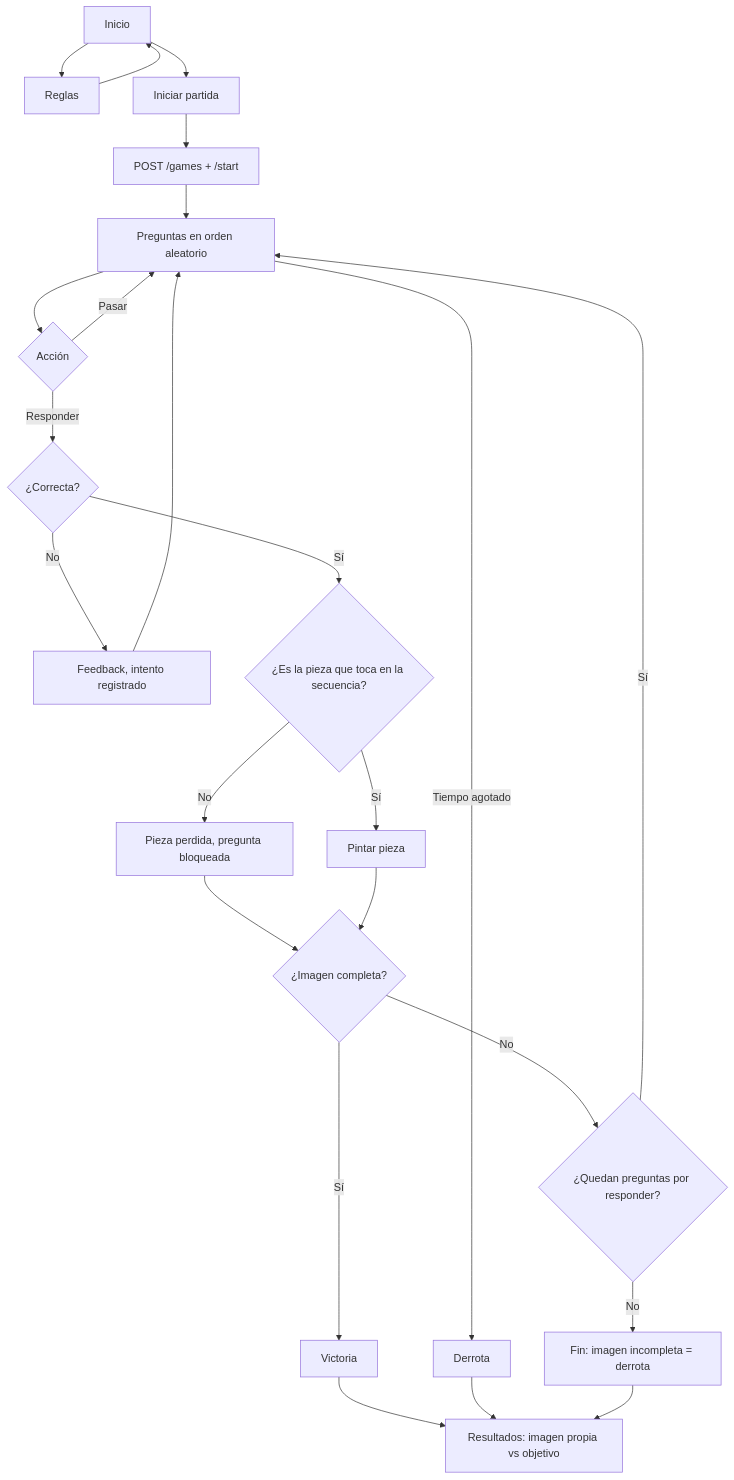
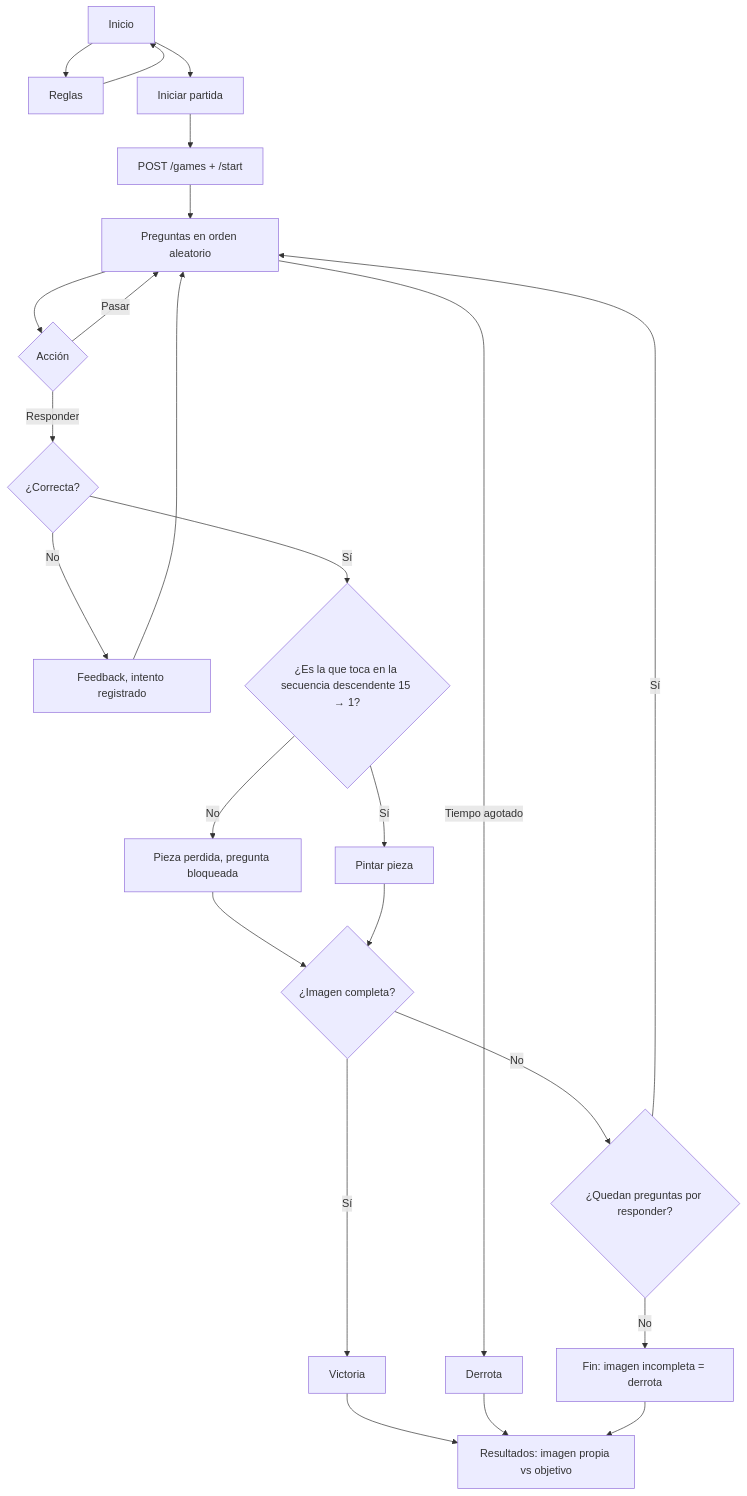
Before and after one commit to davidarce0109-sketch/logic_paint: the diagram in docs/game-flow.md, drawn with Mermaid. The commit also changed 9 other files, not shown here.

````diff
--- a/docs/game-flow.md
+++ b/docs/game-flow.md
@@ -3,23 +3,23 @@
 ```mermaid
 flowchart TD
   A[Inicio] --> B[Reglas]
   A --> C[Iniciar partida]
   B --> A
   C --> D[POST /games + /start]
   D --> E[Preguntas en orden aleatorio]
   E --> F{Acción}
   F -->|Responder| G{¿Correcta?}
   F -->|Pasar| E
   G -->|No| H[Feedback, intento registrado] --> E
-  G -->|Sí| I{¿Es la pieza que toca en la secuencia?}
+  G -->|Sí| I{¿Es la que toca en la secuencia descendente 15 → 1?}
   I -->|No| J[Pieza perdida, pregunta bloqueada] --> L
   I -->|Sí| K[Pintar pieza] --> L{¿Imagen completa?}
   L -->|Sí| M[Victoria]
   L -->|No| P{¿Quedan preguntas por responder?}
   P -->|Sí| E
   P -->|No| Q[Fin: imagen incompleta = derrota]
   E -->|Tiempo agotado| N[Derrota]
   M --> O[Resultados: imagen propia vs objetivo]
   N --> O
   Q --> O
 ```
````
